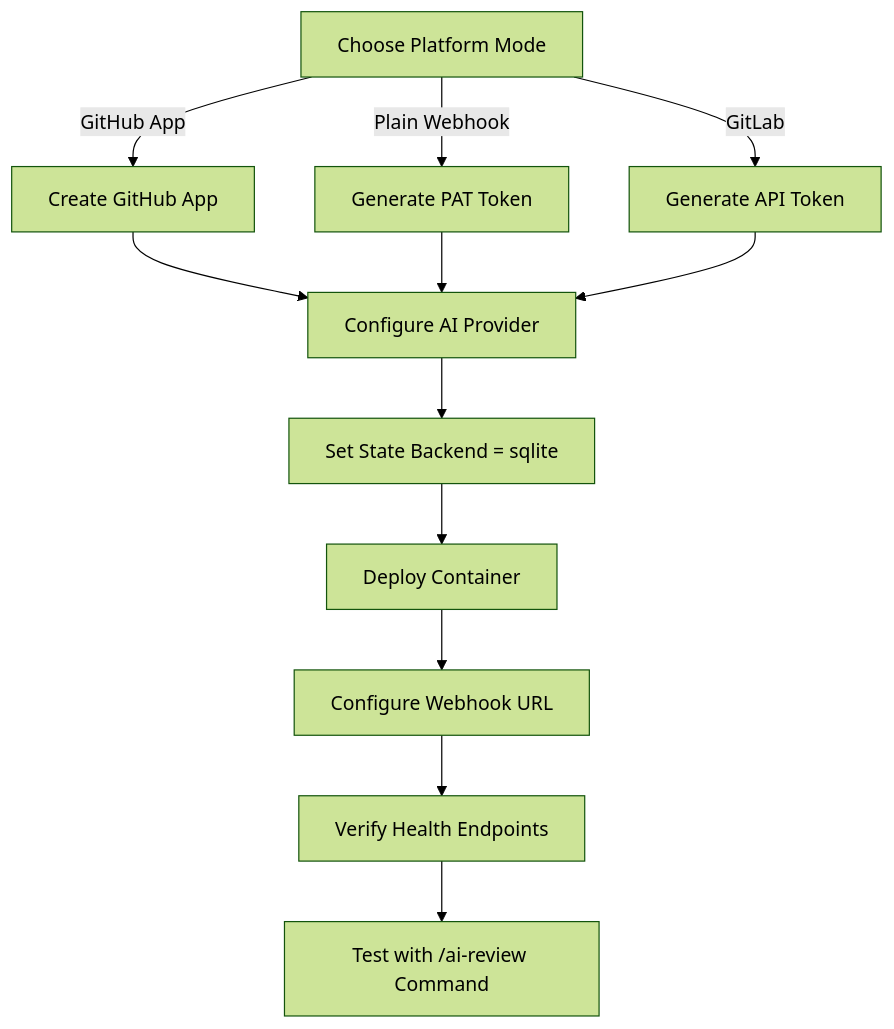
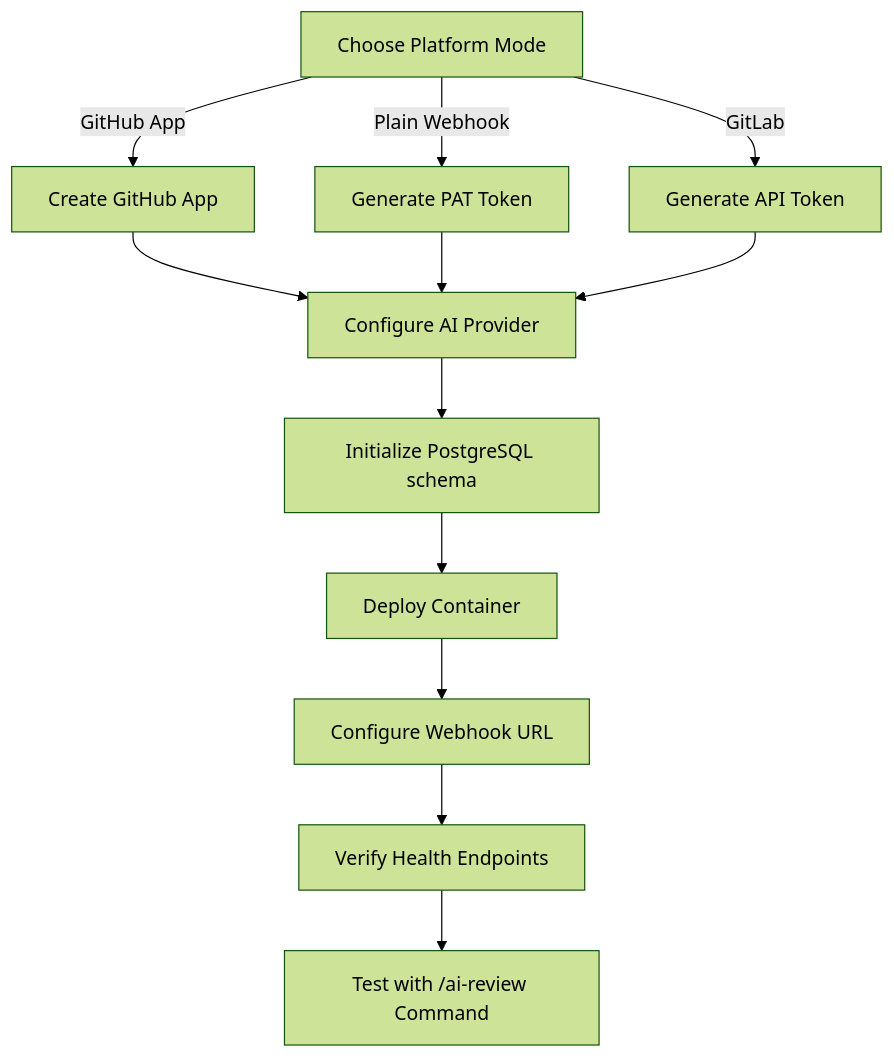
The eighth of 8 diagrams in README.md (condevtools/pr-agent), drawn with Mermaid (forest theme) before and after one commit. The commit also changed other lines of this file and 210 other files, not shown here.

````diff
--- a/README.md
+++ b/README.md
@@ -668,16 +646,16 @@
 ```mermaid
 graph TD
     A[Choose Platform Mode] -->|GitHub App| B1[Create GitHub App]
     A -->|Plain Webhook| B2[Generate PAT Token]
     A -->|GitLab| B3[Generate API Token]
 
     B1 --> C[Configure AI Provider]
     B2 --> C
     B3 --> C
 
-    C --> D[Set State Backend = sqlite]
+    C --> D[Initialize PostgreSQL schema]
     D --> E[Deploy Container]
     E --> F[Configure Webhook URL]
     F --> G[Verify Health Endpoints]
     G --> H[Test with /ai-review Command]
 ```
````
